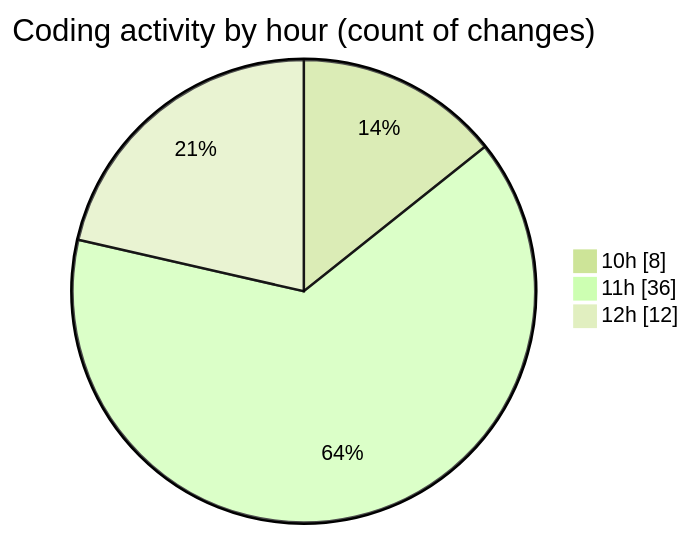
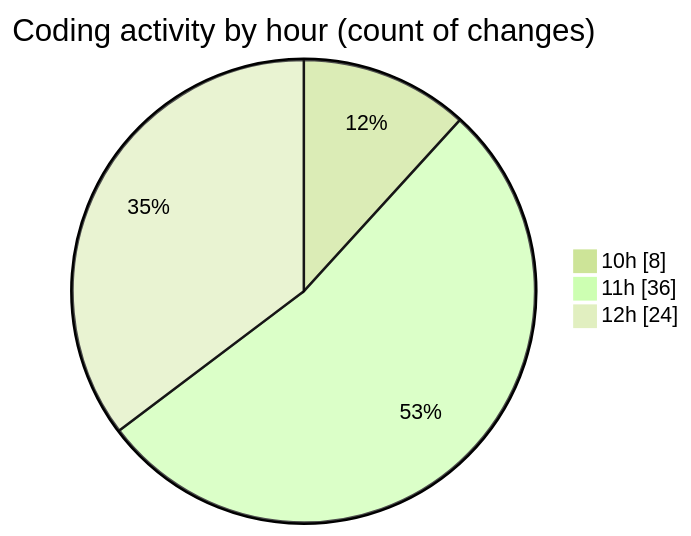
The second of 2 diagrams in 2025-05-16/python_app_deploy/README.md (CELIANVF/code-tracking), drawn with Mermaid (forest theme) before and after one commit. The commit also changed other lines of this file and 1 other file, not shown here.

````diff
--- a/2025-05-16/python_app_deploy/README.md
+++ b/2025-05-16/python_app_deploy/README.md
@@ -41,7 +42,7 @@
 ```mermaid
 pie showData
 title Coding activity by hour (count of changes)
 "10h" : 8
 "11h" : 36
-"12h" : 12
+"12h" : 24
 ```
````
